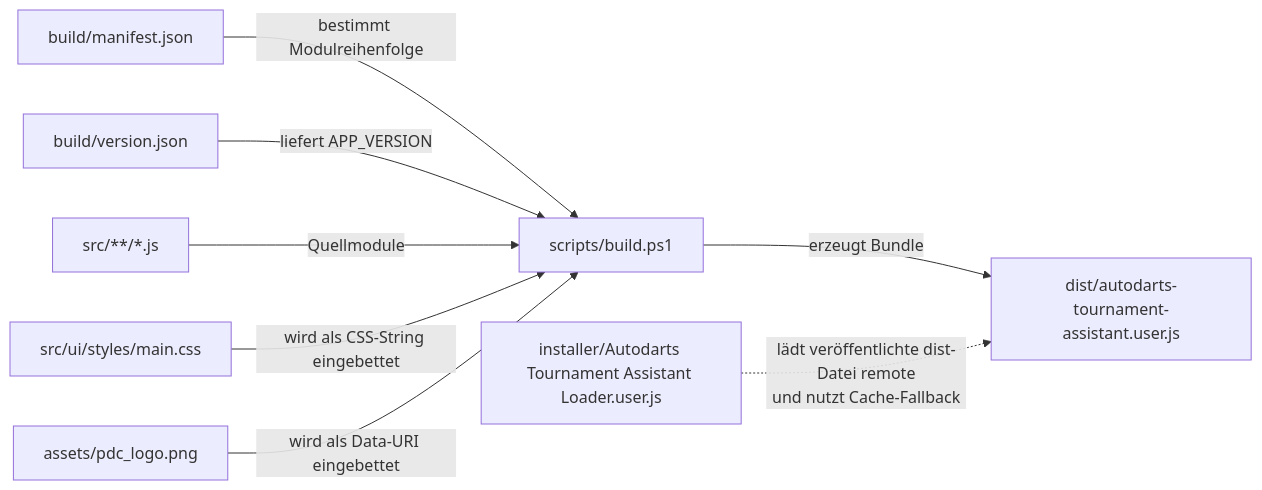
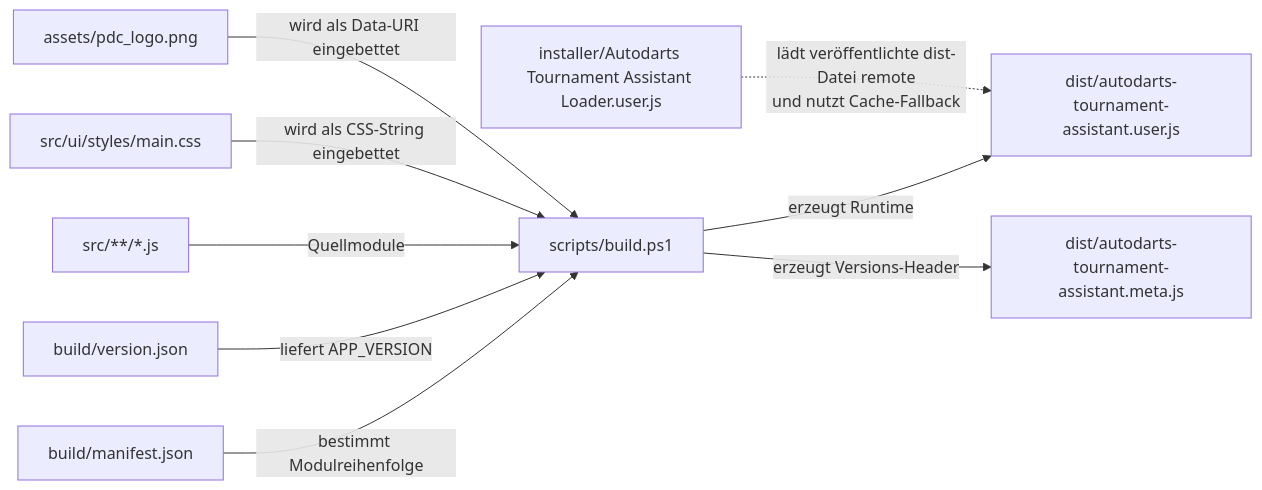
One commit to thomasasen/autodarts_local_tournament changed the first of 2 diagrams in docs/codebase-map.md. Above: the diagram before and after it, drawn with Mermaid. The commit also changed other lines of this file and 20 other files, not shown here.

````diff
--- a/docs/codebase-map.md
+++ b/docs/codebase-map.md
@@ -158,19 +162,21 @@
 ```mermaid
 flowchart LR
   manifest["build/manifest.json"]
   version["build/version.json"]
   src["src/**/*.js"]
   css["src/ui/styles/main.css"]
   logo["assets/pdc_logo.png"]
   build["scripts/build.ps1"]
   dist["dist/autodarts-tournament-assistant.user.js"]
+  meta["dist/autodarts-tournament-assistant.meta.js"]
   loader["installer/Autodarts Tournament Assistant Loader.user.js"]
 
   manifest -->|bestimmt Modulreihenfolge| build
   version -->|liefert APP_VERSION| build
   src -->|Quellmodule| build
   css -->|wird als CSS-String eingebettet| build
   logo -->|wird als Data-URI eingebettet| build
-  build -->|erzeugt Bundle| dist
+  build -->|erzeugt Runtime| dist
+  build -->|erzeugt Versions-Header| meta
   loader -.->|lädt veröffentlichte dist-Datei remote<br/>und nutzt Cache-Fallback| dist
 ```
````
